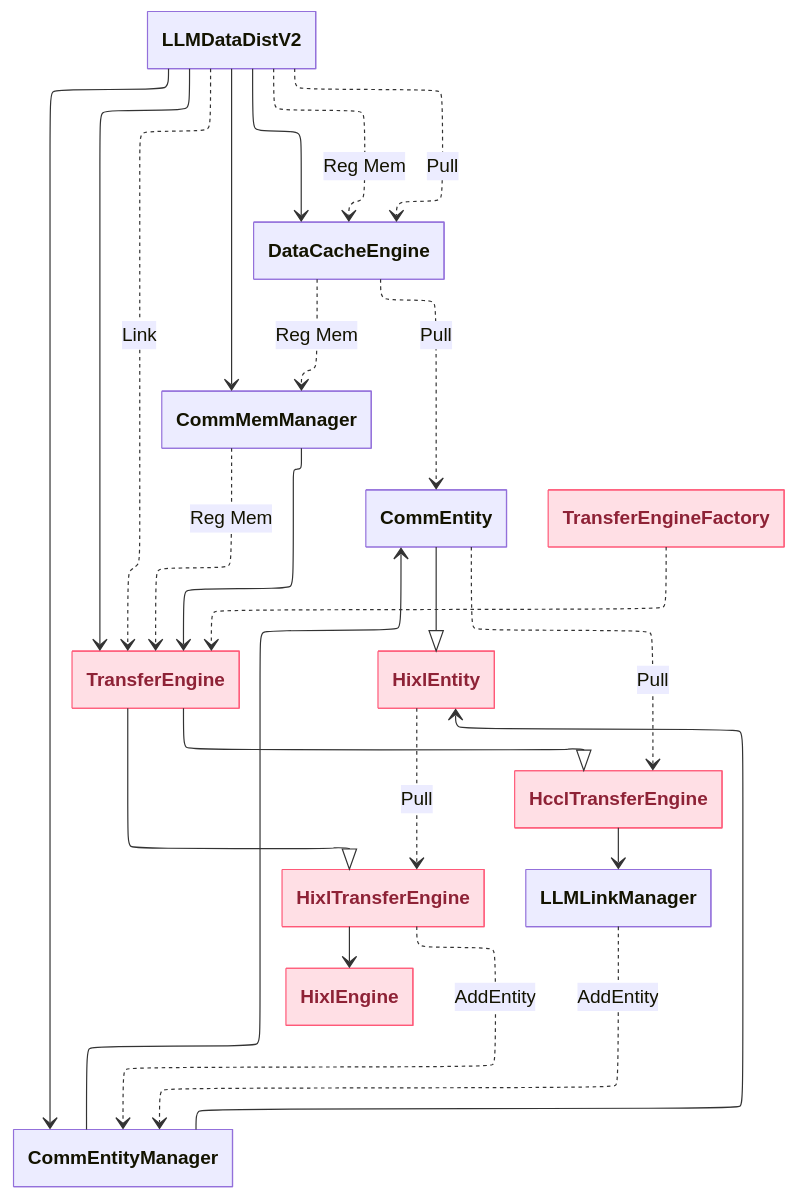
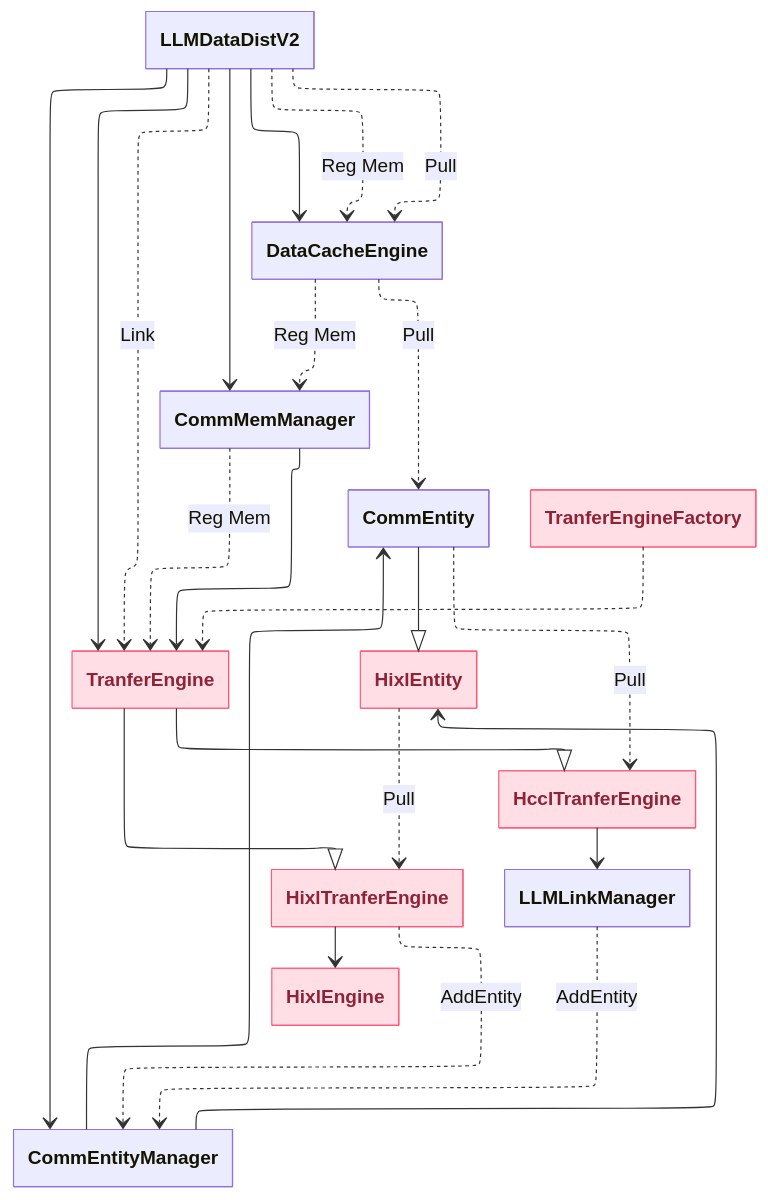
One commit to libochao-huawei/hixl changed the second of 6 diagrams in docs/design/LLM-DataDist支持hixl传输后端.md. Above: the diagram before and after it, drawn with Mermaid. The commit also changed other lines of this file and 1 other file, not shown here.

````diff
--- a/docs/design/LLM-DataDist支持hixl传输后端.md
+++ b/docs/design/LLM-DataDist支持hixl传输后端.md
@@ -170,45 +170,45 @@
 ```mermaid
 ---
 config:
   class:
     hideEmptyMembersBox: true
   theme: default
   layout: elk
 ---
 classDiagram
 direction TB
-    LLMDataDistV2 --> TransferEngine
+    LLMDataDistV2 --> TranferEngine
     LLMDataDistV2 --> DataCacheEngine
     LLMDataDistV2 --> CommEntityManager
     CommEntityManager --> CommEntity
     CommEntityManager --> HixlEntity
     LLMDataDistV2 --> CommMemManager
-    CommMemManager --> TransferEngine
-    TransferEngineFactory ..> TransferEngine
-    TransferEngine --|> HcclTransferEngine
-    TransferEngine --|> HixlTransferEngine
-    HcclTransferEngine --> LLMLinkManager
-    HixlTransferEngine --> HixlEngine
+    CommMemManager --> TranferEngine
+    TranferEngineFactory ..> TranferEngine
+    TranferEngine --|> HcclTranferEngine
+    TranferEngine --|> HixlTranferEngine
+    HcclTranferEngine --> LLMLinkManager
+    HixlTranferEngine --> HixlEngine
     CommEntity --|> HixlEntity
     LLMDataDistV2 ..> DataCacheEngine : Reg Mem
     DataCacheEngine ..> CommMemManager : Reg Mem
-    CommMemManager ..> TransferEngine : Reg Mem
-    LLMDataDistV2 ..> TransferEngine : Link
-    HixlTransferEngine ..> CommEntityManager : AddEntity
+    CommMemManager ..> TranferEngine : Reg Mem
+    LLMDataDistV2 ..> TranferEngine : Link
+    HixlTranferEngine ..> CommEntityManager : AddEntity
     LLMLinkManager ..> CommEntityManager : AddEntity
     LLMDataDistV2 ..> DataCacheEngine : Pull
     DataCacheEngine ..> CommEntity : Pull
-    CommEntity ..> HcclTransferEngine : Pull
-    HixlEntity ..> HixlTransferEngine : Pull
+    CommEntity ..> HcclTranferEngine : Pull
+    HixlEntity ..> HixlTranferEngine : Pull
 
 	class HixlEntity:::Rose
-	class TransferEngine:::Rose
-	class HcclTransferEngine:::Rose
-	class TransferEngineFactory:::Rose
-	class HixlTransferEngine:::Rose
+	class TranferEngine:::Rose
+	class HcclTranferEngine:::Rose
+	class TranferEngineFactory:::Rose
+	class HixlTranferEngine:::Rose
 	class HixlEngine:::Rose
 
 
 	classDef Rose :,stroke-width:1px,stroke-dasharray:none,stroke:#FF5978,fill:#FFDFE5,color:#8E2236,stroke-width:1px,stroke-dasharray:none,stroke:#FF5978,fill:#FFDFE5,color:#8E2236,stroke-width:1px,stroke-dasharray:none,stroke:#FF5978,fill:#FFDFE5,color:#8E2236,stroke-width:1px,stroke-dasharray:none,stroke:#FF5978,fill:#FFDFE5,color:#8E2236,stroke-width:1px,stroke-dasharray:none,stroke:#FF5978,fill:#FFDFE5,color:#8E2236,stroke-width:1px,stroke-dasharray:none,stroke:#FF5978,fill:#FFDFE5,color:#8E2236,stroke-width:1px,stroke-dasharray:none,stroke:#FF5978,fill:#FFDFE5,color:#8E2236,stroke-width:1px,stroke-dasharray:none,stroke:#FF5978,fill:#FFDFE5,color:#8E2236
 	classDef Aqua :,stroke-width:1px,stroke-dasharray:none,stroke:#46EDC8,fill:#DEFFF8,color:#378E7A
 ```
````
